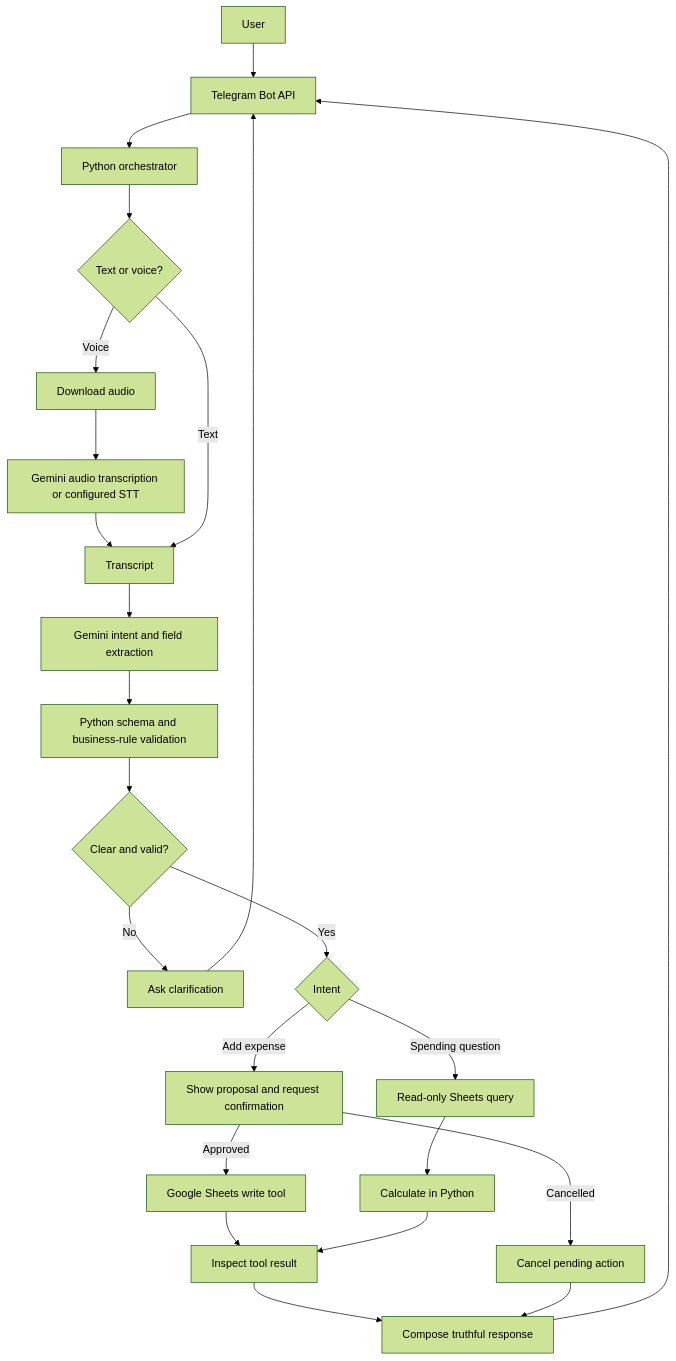
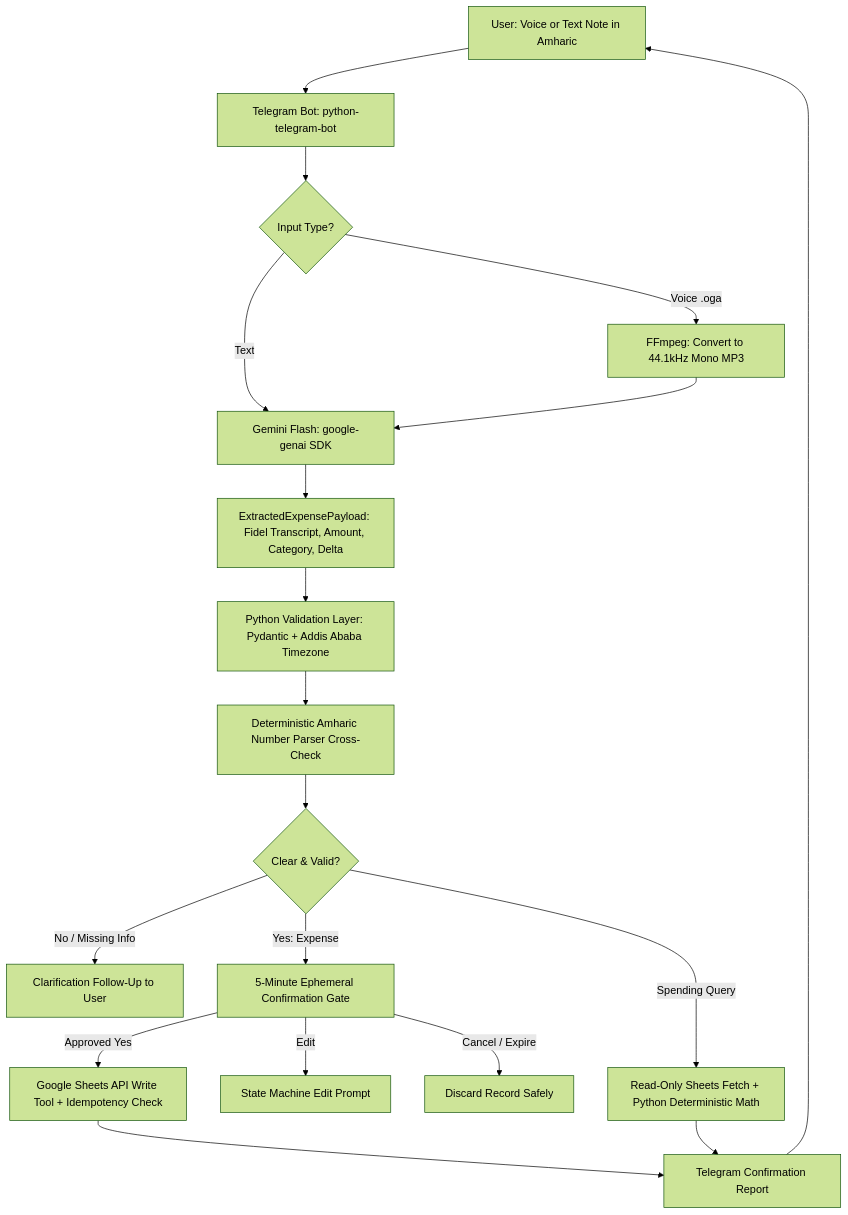
One commit to muhe-byte/Amharic_Voice_Expense_Agent changed the diagram in README.md. Above: the diagram before and after it, drawn with Mermaid (forest theme). The commit also changed other lines of this file, not shown here.

Commit message:
updating the read me file from idea to implementation phase

````diff
--- a/README.md
+++ b/README.md
@@ -66,26 +76,21 @@
-``` mermaid
+```mermaid
 flowchart TD
-    U[User] --> T[Telegram Bot API]
-    T --> P[Python orchestrator]
-    P --> A{Text or voice?}
-    A -->|Voice| D[Download audio]
-    D --> G[Gemini audio transcription or configured STT]
-    G --> TR[Transcript]
-    A -->|Text| TR
-    TR --> I[Gemini intent and field extraction]
-    I --> V[Python schema and business-rule validation]
-    V --> C{Clear and valid?}
-    C -->|No| Q[Ask clarification]
-    Q --> T
-    C -->|Yes| R{Intent}
-    R -->|Add expense| CF[Show proposal and request confirmation]
-    CF -->|Approved| S[Google Sheets write tool]
-    CF -->|Cancelled| X[Cancel pending action]
-    R -->|Spending question| GET[Read-only Sheets query]
-    GET --> CALC[Calculate in Python]
-    S --> CHECK[Inspect tool result]
-    CALC --> CHECK
-    CHECK --> RESP[Compose truthful response]
-    X --> RESP
-    RESP --> T
+    U[User: Voice or Text Note in Amharic] --> T[Telegram Bot: python-telegram-bot]
+    T --> A{Input Type?}
+    A -->|Voice .oga| F[FFmpeg: Convert to 44.1kHz Mono MP3]
+    A -->|Text| G
+    F --> G[Gemini Flash: google-genai SDK]
+    G --> P[ExtractedExpensePayload: Fidel Transcript, Amount, Category, Delta]
+    P --> V[Python Validation Layer: Pydantic + Addis Ababa Timezone]
+    V --> N[Deterministic Amharic Number Parser Cross-Check]
+    N --> D{Clear & Valid?}
+    D -->|No / Missing Info| Q[Clarification Follow-Up to User]
+    D -->|Yes: Expense| C[5-Minute Ephemeral Confirmation Gate]
+    C -->|Approved Yes| S[Google Sheets API Write Tool + Idempotency Check]
+    C -->|Edit| E[State Machine Edit Prompt]
+    C -->|Cancel / Expire| X[Discard Record Safely]
+    D -->|Spending Query| R[Read-Only Sheets Fetch + Python Deterministic Math]
+    S --> RESP[Telegram Confirmation Report]
+    R --> RESP
+    RESP --> U
 ```
````
